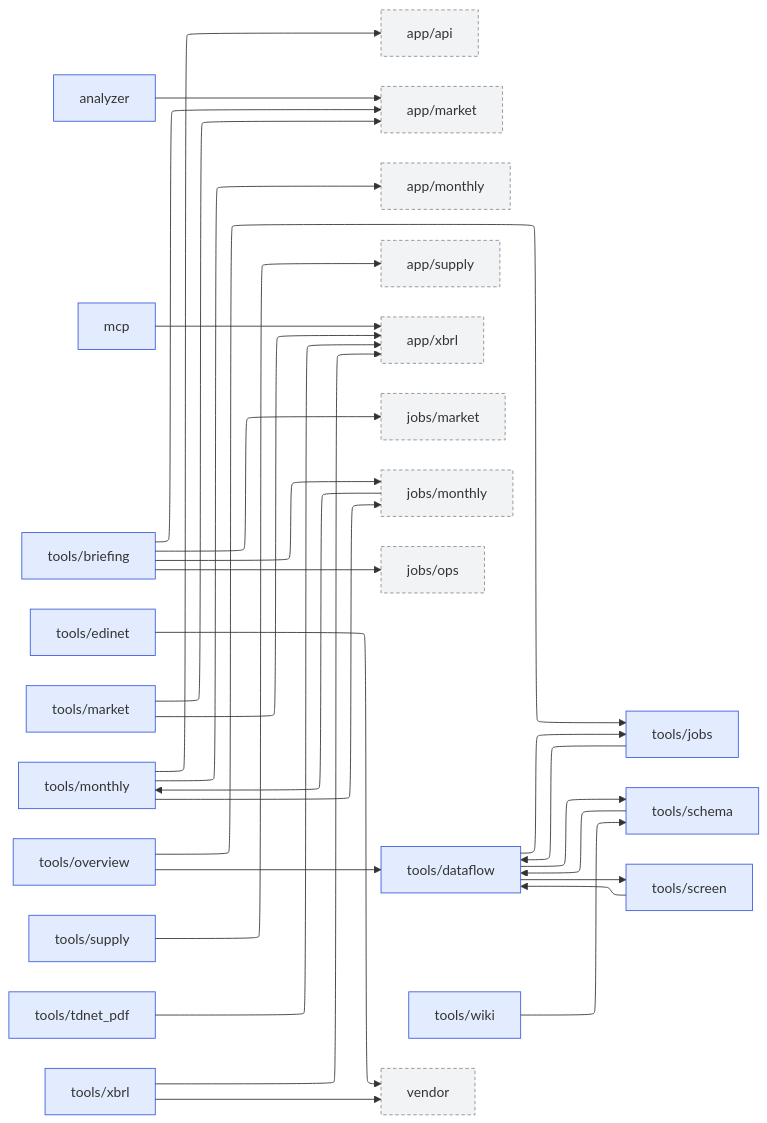
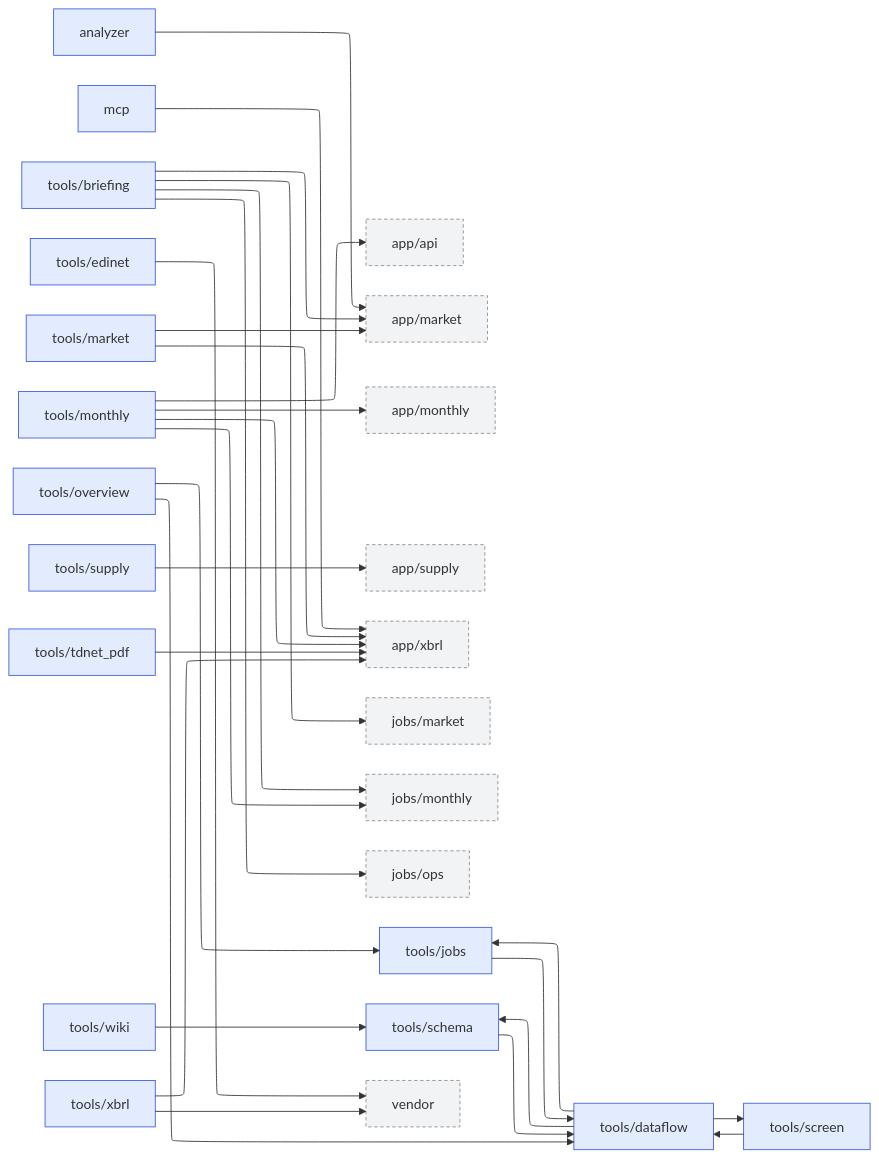
One commit to pekumirui/stock-analyzer changed the third of 3 diagrams in docs/overview/modules.md. Above: the diagram before and after it, drawn with Mermaid. The commit also changed other lines of this file and 16 other files, not shown here.

````diff
--- a/docs/overview/modules.md
+++ b/docs/overview/modules.md
@@ -90,59 +92,59 @@
 ```mermaid
 ---
 config:
   layout: elk
 ---
 flowchart LR
   n0["analyzer"]:::own
   n1["app/api"]:::ext
   n2["app/market"]:::ext
   n3["app/monthly"]:::ext
   n4["app/supply"]:::ext
   n5["app/xbrl"]:::ext
   n6["jobs/market"]:::ext
   n7["jobs/monthly"]:::ext
   n8["jobs/ops"]:::ext
   n9["mcp"]:::own
   n10["tools/briefing"]:::own
   n11["tools/dataflow"]:::own
   n12["tools/edinet"]:::own
   n13["tools/jobs"]:::own
   n14["tools/market"]:::own
   n15["tools/monthly"]:::own
   n16["tools/overview"]:::own
   n17["tools/schema"]:::own
   n18["tools/screen"]:::own
   n19["tools/supply"]:::own
   n20["tools/tdnet_pdf"]:::own
   n21["tools/wiki"]:::own
   n22["tools/xbrl"]:::own
   n23["vendor"]:::ext
   n0 --> n2
-  n7 --> n15
   n9 --> n5
   n10 --> n2
   n10 --> n6
   n10 --> n7
   n10 --> n8
   n11 --> n13
   n11 --> n17
   n11 --> n18
   n12 --> n23
   n13 --> n11
   n14 --> n2
   n14 --> n5
   n15 --> n1
   n15 --> n3
+  n15 --> n5
   n15 --> n7
   n16 --> n11
   n16 --> n13
   n17 --> n11
   n18 --> n11
   n19 --> n4
   n20 --> n5
   n21 --> n17
   n22 --> n5
   n22 --> n23
   classDef own fill:#e3ecff,stroke:#3b5bdb
   classDef ext fill:#f1f3f5,stroke:#868e96,stroke-dasharray:4 3
 ```
````
